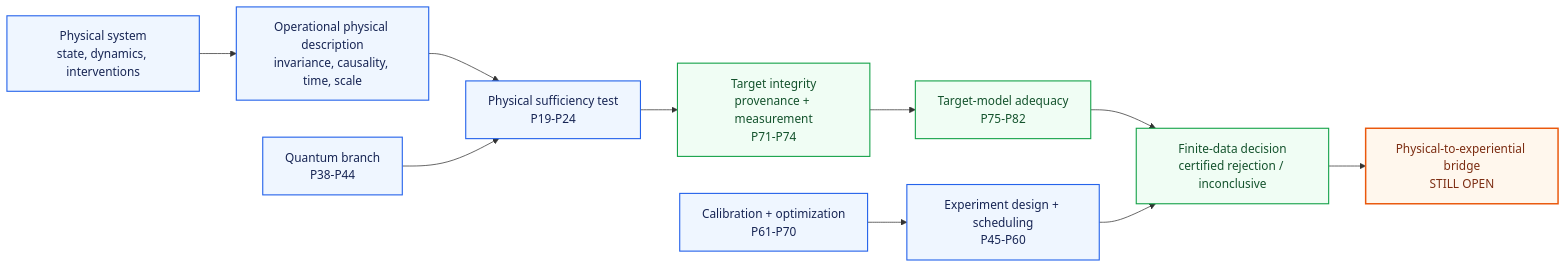
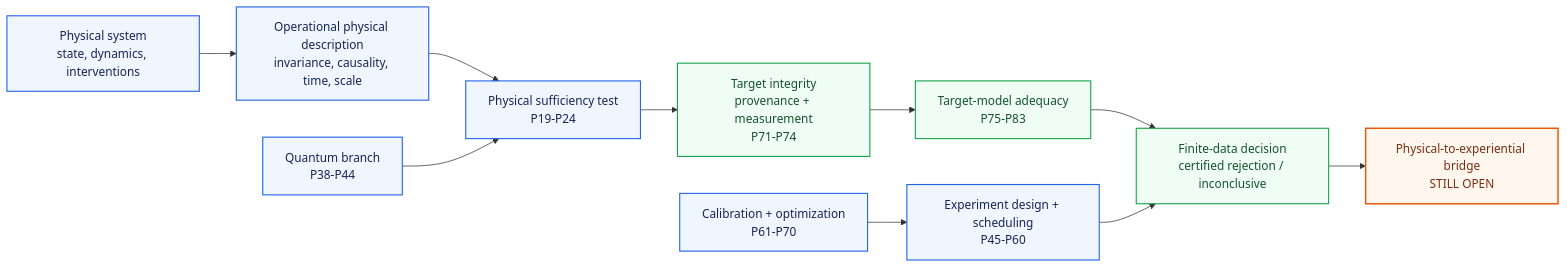
The diagram in START_HERE.md (MahsaKeikha/mathematical-consciousness-bridge), drawn with Mermaid before and after one commit. The commit also changed other lines of this file, not shown here.

````diff
--- a/START_HERE.md
+++ b/START_HERE.md
@@ -19,20 +19,20 @@
 ```mermaid
 flowchart LR
     A[Physical system\nstate, dynamics, interventions] --> B[Operational physical description\ninvariance, causality, time, scale]
     B --> C[Physical sufficiency test\nP19-P24]
     C --> D[Target integrity\nprovenance + measurement\nP71-P74]
-    D --> E[Target-model adequacy\nP75-P82]
+    D --> E[Target-model adequacy\nP75-P83]
     E --> F[Finite-data decision\ncertified rejection / inconclusive]
     F --> G[Physical-to-experiential bridge\nSTILL OPEN]
 
     H[Quantum branch\nP38-P44] --> C
     I[Experiment design + scheduling\nP45-P60] --> F
     J[Calibration + optimization\nP61-P70] --> I
 
     classDef open fill:#fff7ed,stroke:#ea580c,stroke-width:2px,color:#7c2d12;
     classDef core fill:#eff6ff,stroke:#2563eb,stroke-width:1.5px,color:#172554;
     classDef target fill:#f0fdf4,stroke:#16a34a,stroke-width:1.5px,color:#14532d;
     class A,B,C,H,I,J core;
     class D,E,F target;
     class G open;
 ```
````
